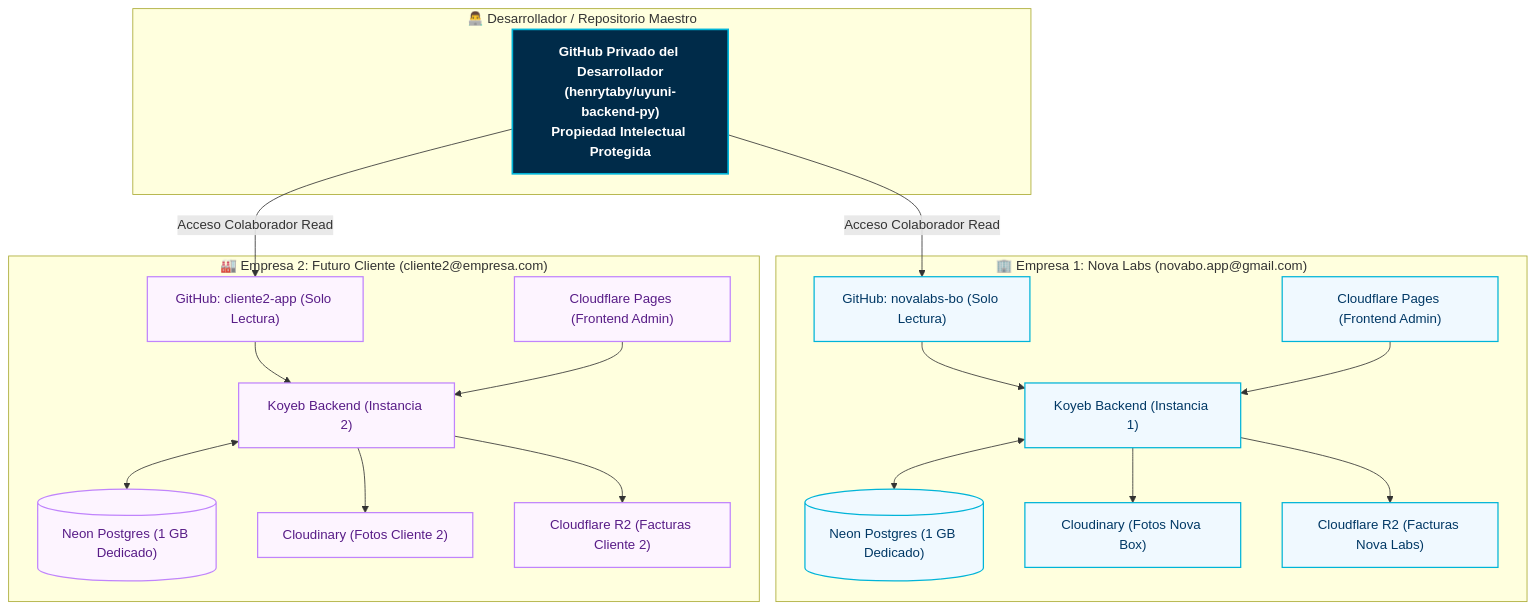
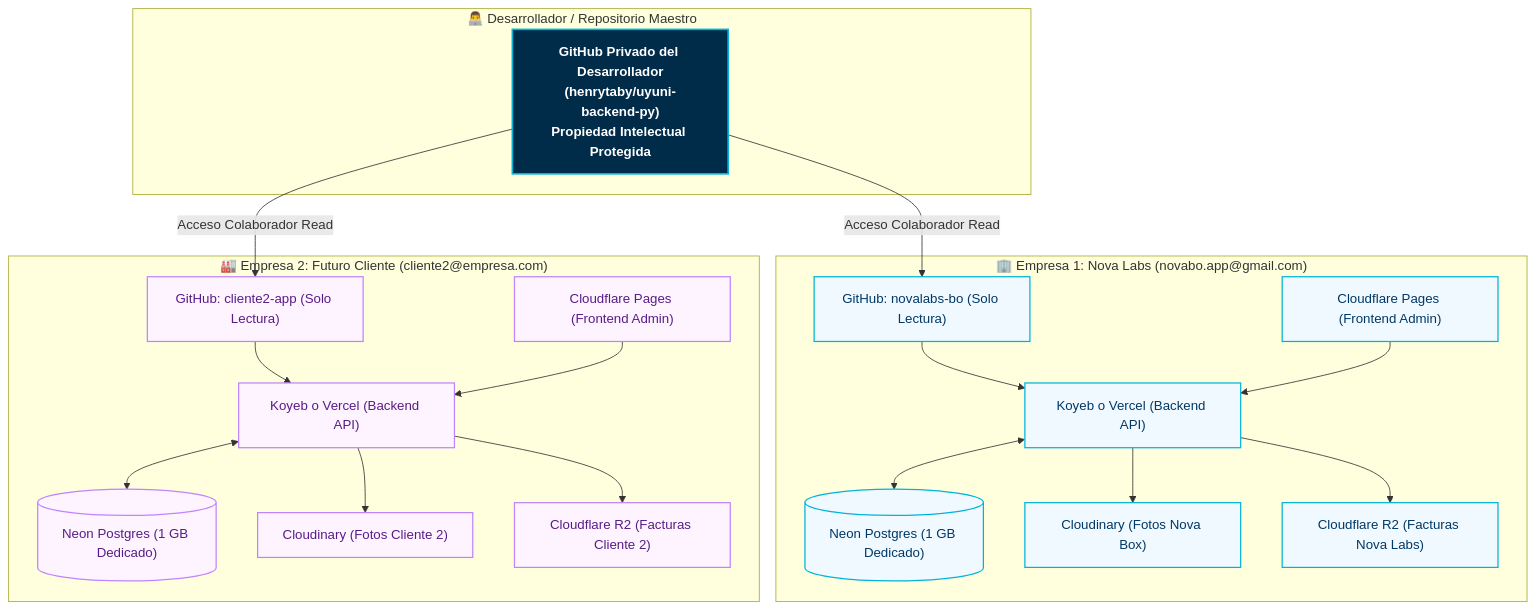
Before and after one commit to henrytaby/uyuni-backend-py: the diagram in docs/CLIENT_REPLICATION_PLAYBOOK.md, drawn with Mermaid. The commit also changed other lines of this file and 3 other files, not shown here.

````diff
--- a/docs/CLIENT_REPLICATION_PLAYBOOK.md
+++ b/docs/CLIENT_REPLICATION_PLAYBOOK.md
@@ -11,50 +11,50 @@
 ```mermaid
 flowchart TD
     %% ==========================================
     %% MODELO SINGLE-TENANT REPLICABLE
     %% ==========================================
     
     subgraph DevMaster ["👨‍💻 Desarrollador / Repositorio Maestro"]
         REPO["GitHub Privado del Desarrollador<br/>(henrytaby/uyuni-backend-py)<br/>Propiedad Intelectual Protegida"]
     end
 
     subgraph Client1 ["🏢 Empresa 1: Nova Labs (novabo.app@gmail.com)"]
         GH1["GitHub: novalabs-bo (Solo Lectura)"]
         NEON1[("Neon Postgres (1 GB Dedicado)")]
-        KOYEB1["Koyeb Backend (Instancia 1)"]
+        SERVER1["Koyeb o Vercel (Backend API)"]
         CLD1["Cloudinary (Fotos Nova Box)"]
         R2_1["Cloudflare R2 (Facturas Nova Labs)"]
         PAGES1["Cloudflare Pages (Frontend Admin)"]
     end
 
     subgraph Client2 ["🏭 Empresa 2: Futuro Cliente (cliente2@empresa.com)"]
         GH2["GitHub: cliente2-app (Solo Lectura)"]
         NEON2[("Neon Postgres (1 GB Dedicado)")]
-        KOYEB2["Koyeb Backend (Instancia 2)"]
+        SERVER2["Koyeb o Vercel (Backend API)"]
         CLD2["Cloudinary (Fotos Cliente 2)"]
         R2_2["Cloudflare R2 (Facturas Cliente 2)"]
         PAGES2["Cloudflare Pages (Frontend Admin)"]
     end
 
     REPO -->|Acceso Colaborador Read| GH1
     REPO -->|Acceso Colaborador Read| GH2
 
-    GH1 --> KOYEB1 <--> NEON1
-    KOYEB1 --> CLD1
-    KOYEB1 --> R2_1
-    PAGES1 --> KOYEB1
+    GH1 --> SERVER1 <--> NEON1
+    SERVER1 --> CLD1
+    SERVER1 --> R2_1
+    PAGES1 --> SERVER1
 
-    GH2 --> KOYEB2 <--> NEON2
-    KOYEB2 --> CLD2
-    KOYEB2 --> R2_2
-    PAGES2 --> KOYEB2
+    GH2 --> SERVER2 <--> NEON2
+    SERVER2 --> CLD2
+    SERVER2 --> R2_2
+    PAGES2 --> SERVER2
 
     %% Estilos Corporativos Uyuni
     classDef devNode fill:#002b49,stroke:#00b4d8,stroke-width:2px,color:#ffffff,font-weight:bold;
     classDef c1Node fill:#f0f9ff,stroke:#00b4d8,stroke-width:1.5px,color:#003865;
     classDef c2Node fill:#fdf4ff,stroke:#c084fc,stroke-width:1.5px,color:#581c87;
 
     class REPO devNode;
-    class GH1,NEON1,KOYEB1,CLD1,R2_1,PAGES1 c1Node;
-    class GH2,NEON2,KOYEB2,CLD2,R2_2,PAGES2 c2Node;
+    class GH1,NEON1,SERVER1,CLD1,R2_1,PAGES1 c1Node;
+    class GH2,NEON2,SERVER2,CLD2,R2_2,PAGES2 c2Node;
 ```
````
